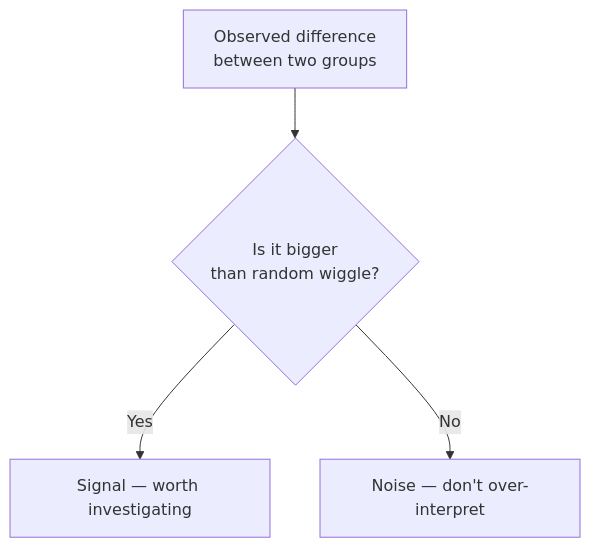
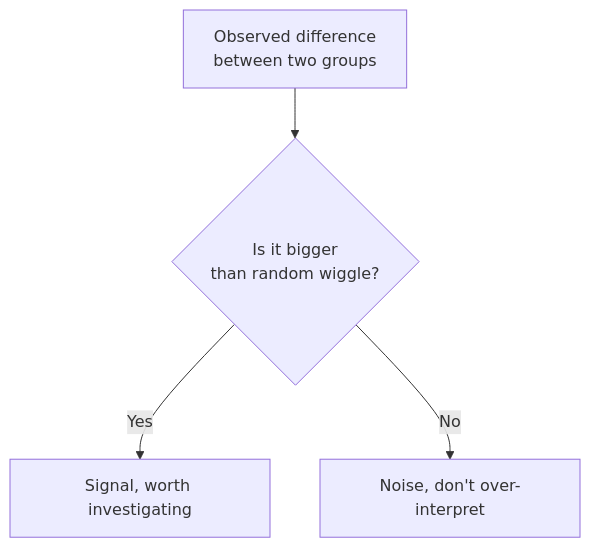
One commit to dataslope/dataslope changed the diagram in content/courses/data-analysis-python-pandas/hypothesis-intuition.mdx. Above: the diagram before and after it, drawn with Mermaid. The commit also changed other lines of this file and 1206 other files, not shown here.

````diff
--- a/content/courses/data-analysis-python-pandas/hypothesis-intuition.mdx
+++ b/content/courses/data-analysis-python-pandas/hypothesis-intuition.mdx
@@ -64,6 +64,6 @@
 ```mermaid
 flowchart TD
   A["Observed difference<br/>between two groups"] --> B{"Is it bigger<br/>than random wiggle?"}
-  B -- "Yes" --> C["Signal — worth investigating"]
-  B -- "No"  --> D["Noise — don't over-interpret"]
+  B -- "Yes" --> C["Signal, worth investigating"]
+  B -- "No"  --> D["Noise, don't over-interpret"]
 ```
````
